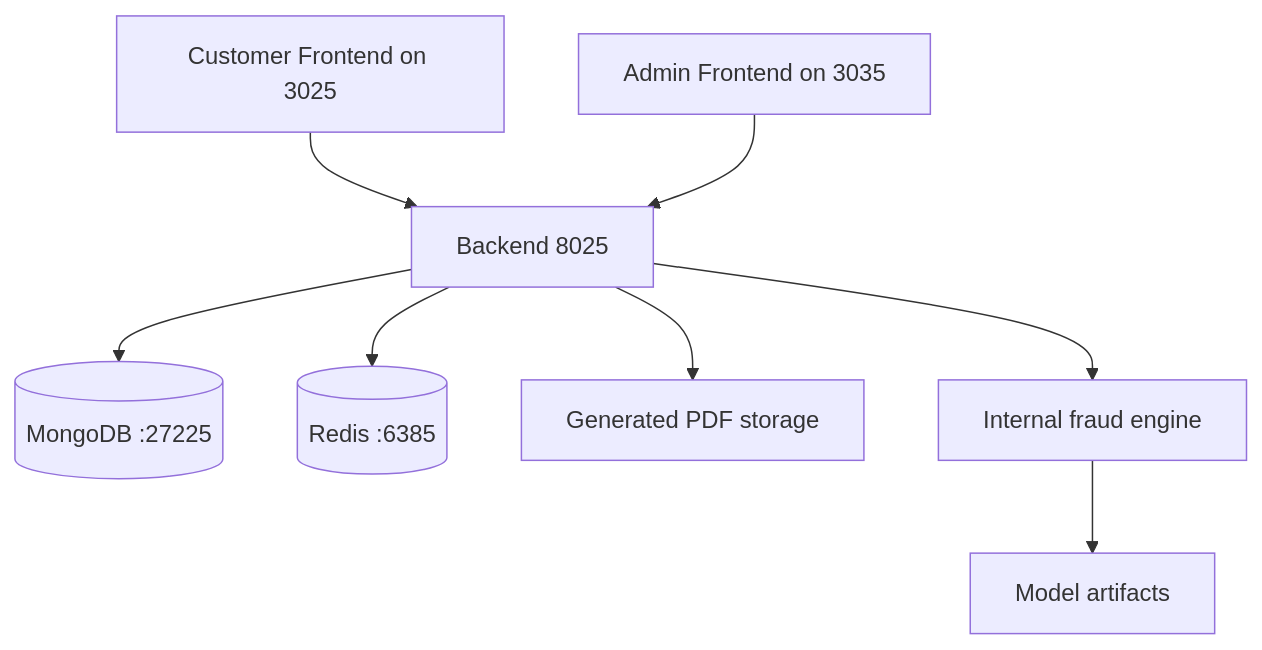
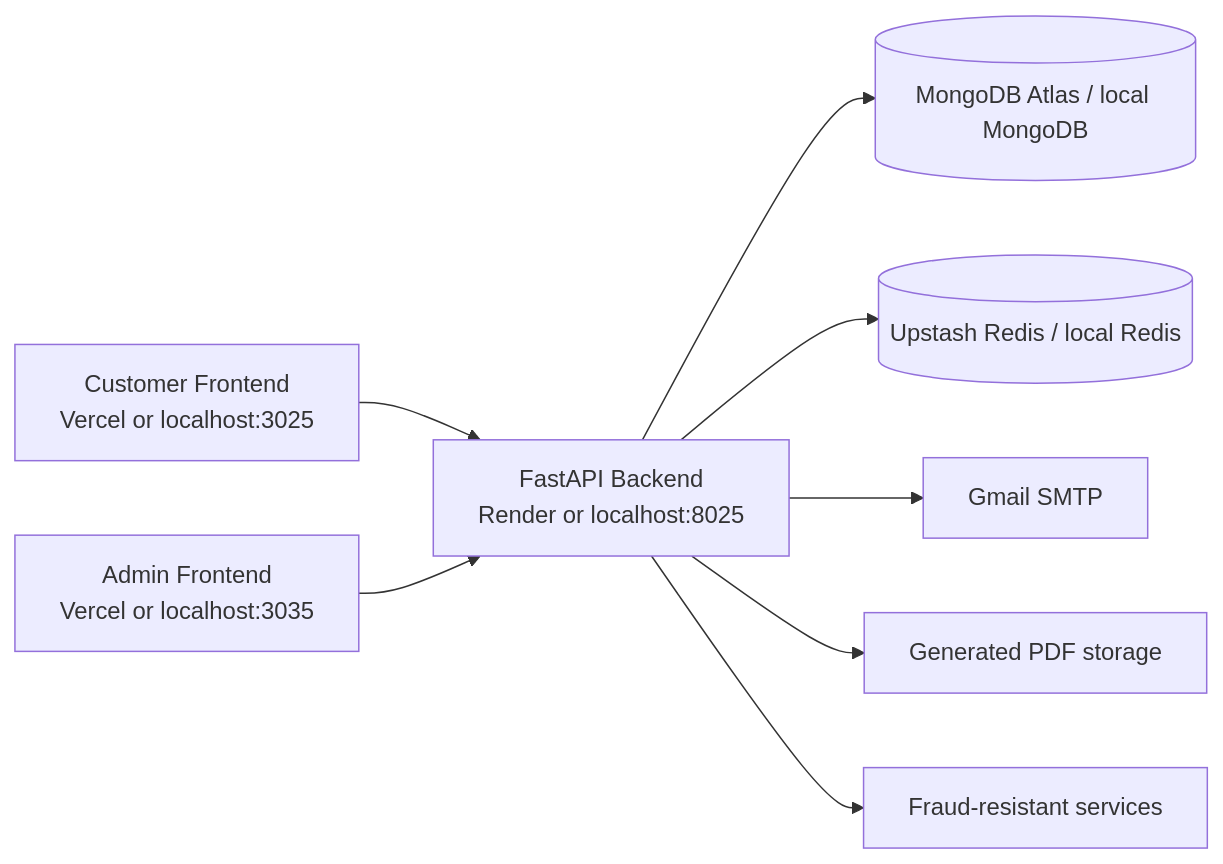
One commit to Shyam-2315/fraud-proof-pdf-platform changed the first of 3 diagrams in docs/ARCHITECTURE.md. Above: the diagram before and after it, drawn with Mermaid. The commit also changed other lines of this file and 131 other files, not shown here.

````diff
--- a/docs/ARCHITECTURE.md
+++ b/docs/ARCHITECTURE.md
@@ -5,10 +13,10 @@
 ```mermaid
-flowchart TB
-  Customer[Customer Frontend on 3025] --> Backend[Backend 8025]
-  Admin[Admin Frontend on 3035] --> Backend
-  Backend --> Mongo[(MongoDB :27225)]
-  Backend --> Redis[(Redis :6385)]
-  Backend --> Files[Generated PDF storage]
-  Backend --> Engine[Internal fraud engine]
-  Engine --> Models[Model artifacts]
+flowchart LR
+  Customer[Customer Frontend<br/>Vercel or localhost:3025] --> API[FastAPI Backend<br/>Render or localhost:8025]
+  Admin[Admin Frontend<br/>Vercel or localhost:3035] --> API
+  API --> Mongo[(MongoDB Atlas / local MongoDB)]
+  API --> Redis[(Upstash Redis / local Redis)]
+  API --> SMTP[Gmail SMTP]
+  API --> Storage[Generated PDF storage]
+  API --> Fraud[Fraud-resistant services]
 ```
````
